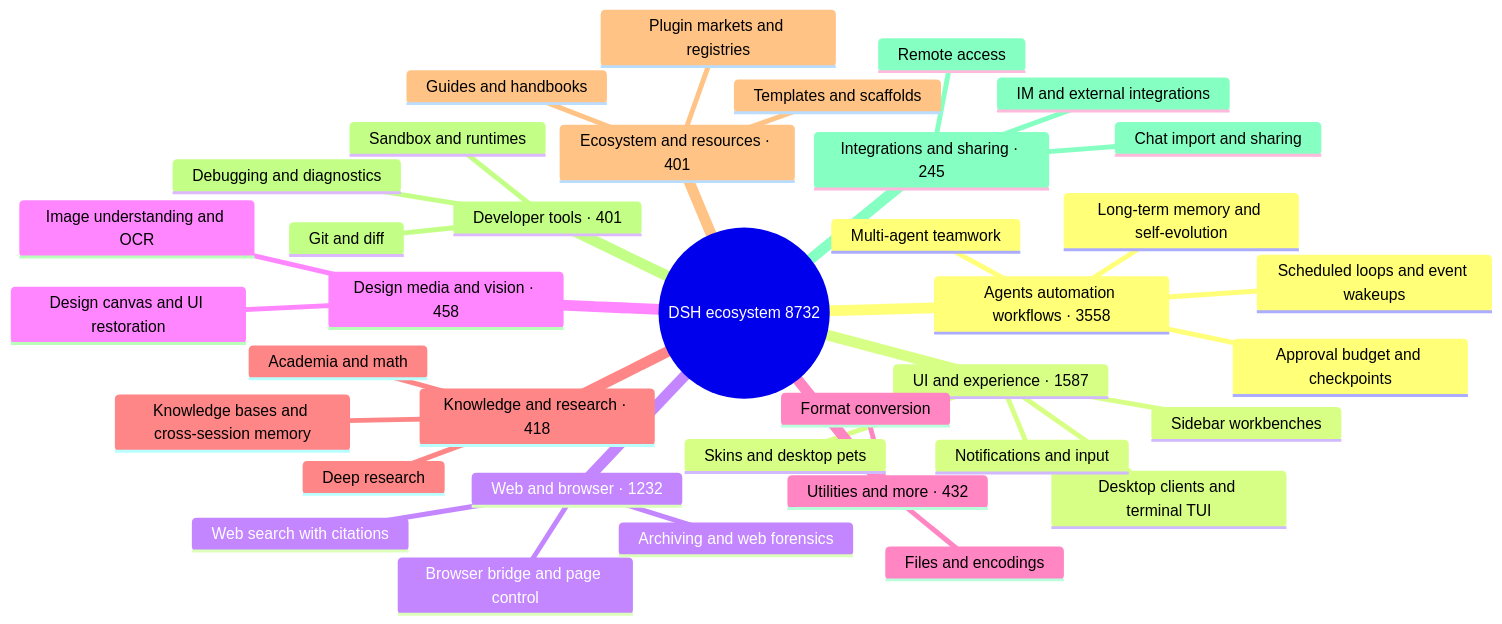
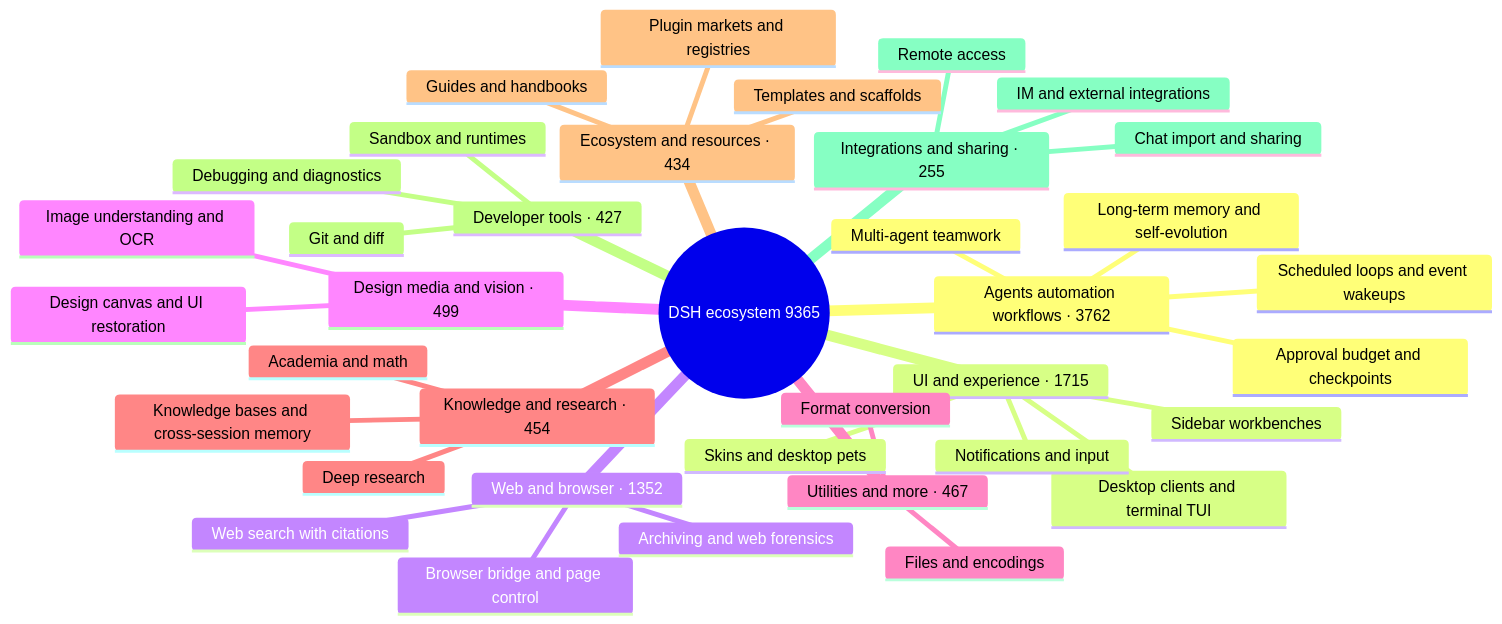
The diagram in README_EN.md (bruc3van/awesome-dsh-plugin), drawn with Mermaid before and after one commit. The commit also changed other lines of this file and 9 other files, not shown here.

````diff
--- a/README_EN.md
+++ b/README_EN.md
@@ -33,40 +33,40 @@
 ```mermaid
 mindmap
-  root((DSH ecosystem 8732))
-    Agents automation workflows · 3558
+  root((DSH ecosystem 9365))
+    Agents automation workflows · 3762
       Scheduled loops and event wakeups
       Multi-agent teamwork
       Long-term memory and self-evolution
       Approval budget and checkpoints
-    UI and experience · 1587
+    UI and experience · 1715
       Desktop clients and terminal TUI
       Sidebar workbenches
       Skins and desktop pets
       Notifications and input
-    Web and browser · 1232
+    Web and browser · 1352
       Browser bridge and page control
       Web search with citations
       Archiving and web forensics
-    Design media and vision · 458
+    Design media and vision · 499
       Image understanding and OCR
       Design canvas and UI restoration
-    Utilities and more · 432
+    Utilities and more · 467
       Files and encodings
       Format conversion
-    Knowledge and research · 418
+    Knowledge and research · 454
       Knowledge bases and cross-session memory
       Deep research
       Academia and math
-    Ecosystem and resources · 401
+    Ecosystem and resources · 434
       Plugin markets and registries
       Templates and scaffolds
       Guides and handbooks
-    Developer tools · 401
+    Developer tools · 427
       Git and diff
       Sandbox and runtimes
       Debugging and diagnostics
-    Integrations and sharing · 245
+    Integrations and sharing · 255
       Chat import and sharing
       Remote access
       IM and external integrations
 ```
````
